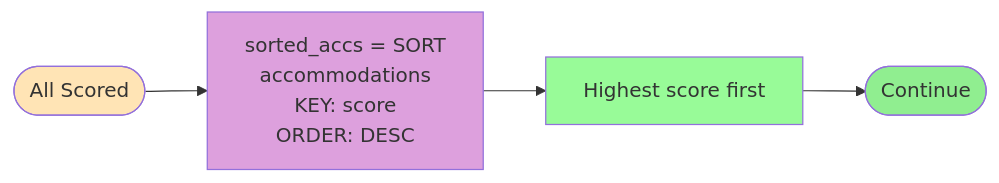
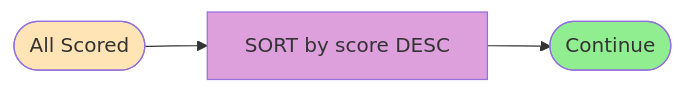
Before and after one commit to 24127592-UcNguyenAnhVo/Rank_accom: the sixth of 7 diagrams in Ranking_Algorithm_Documentation/03_Flowchart/flowchart_components.md, drawn with Mermaid. The commit also changed other lines of this file, not shown here.

First line of the commit message:
Revise flowchart components and scoring details

````diff
--- a/Ranking_Algorithm_Documentation/03_Flowchart/flowchart_components.md
+++ b/Ranking_Algorithm_Documentation/03_Flowchart/flowchart_components.md
@@ -184,11 +162,9 @@
 ```mermaid
 flowchart LR
-    Start([All Scored]) --> Sort[sorted_accs = SORT<br/>accommodations<br/>KEY: score<br/>ORDER: DESC]
-    Sort --> Result[Highest score first]
-    Result --> End([Continue])
+    Start([All Scored]) --> Sort[SORT by score DESC]
+    Sort --> End([Continue])
     
     style Start fill:#FFE4B5
     style Sort fill:#DDA0DD
-    style Result fill:#98FB98
     style End fill:#90EE90
 ```
````
